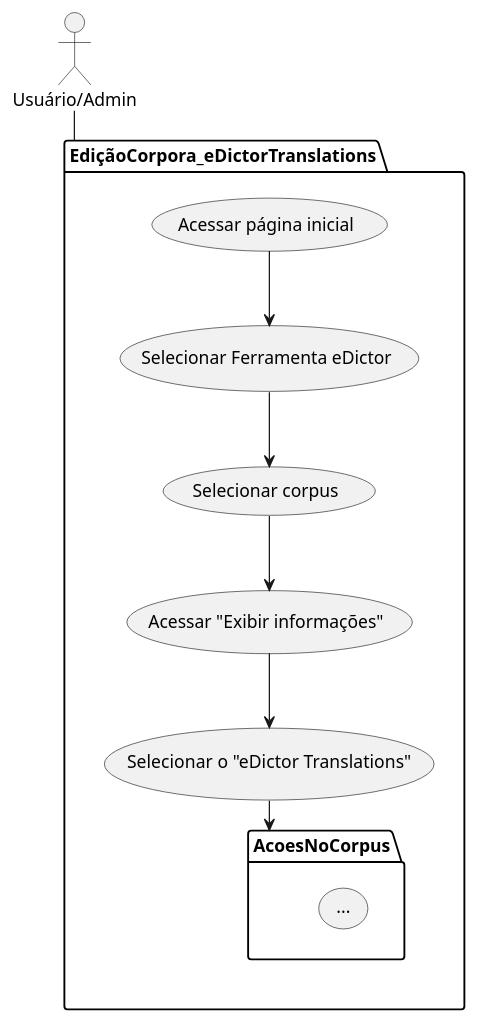
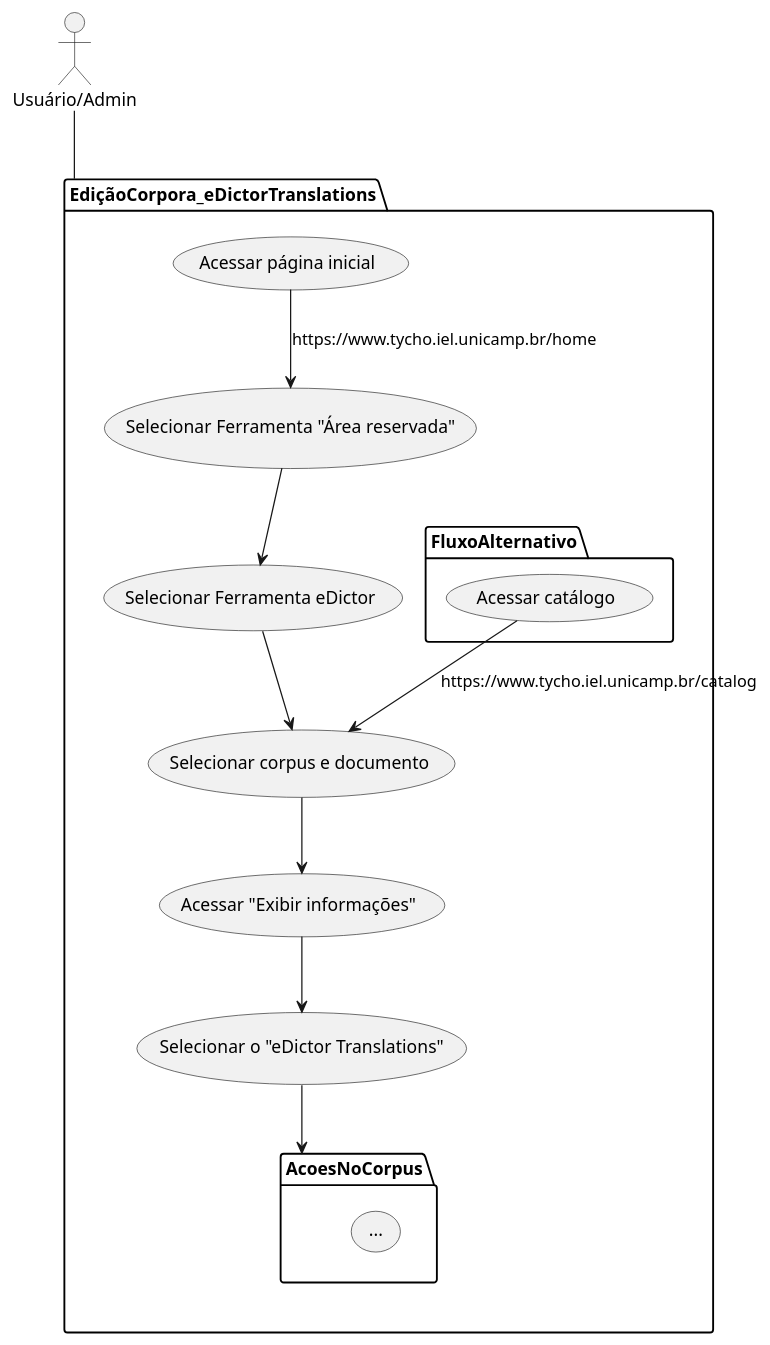
The diagram in diagrams/subcaso_6.01.1_edicao_corpora.wsd (tycho-brahe-platform/tutorials), drawn with PlantUML before and after one commit. The commit also changed 12 other files, not shown here.

```diff
--- a/diagrams/subcaso_6.01.1_edicao_corpora.wsd
+++ b/diagrams/subcaso_6.01.1_edicao_corpora.wsd
@@ -1,20 +1,28 @@
 @startuml "Caso de uso 6.01 - Edição dos corpora"
 
 actor "Usuário/Admin" as User 
 User -- EdiçãoCorpora_eDictorTranslations
 package EdiçãoCorpora_eDictorTranslations  {
-         (Acessar página inicial)-->(Selecionar Ferramenta eDictor)
-         (Selecionar Ferramenta eDictor)-->(Selecionar corpus)
-         (Selecionar corpus)-->(Acessar "Exibir informações")
-         (Acessar "Exibir informações")-->(Selecionar o "eDictor Translations")
+        (Acessar página inicial) --> (Selecionar Ferramenta "Área reservada"): https://www.tycho.iel.unicamp.br/home
+
+        (Selecionar Ferramenta "Área reservada") --> (Selecionar Ferramenta eDictor)
+        (Selecionar Ferramenta eDictor)-->(Selecionar corpus e documento)
+        (Selecionar corpus e documento)-->(Acessar "Exibir informações")
+        (Acessar "Exibir informações")-->(Selecionar o "eDictor Translations")
          
          package AcoesNoCorpus as Acoes{
             
          (...)
 
         
 }
+
+
 (Selecionar o "eDictor Translations")-->Acoes
  
+package FluxoAlternativo{
 
+(Acessar catálogo) --> (Selecionar corpus e documento): https://www.tycho.iel.unicamp.br/catalog
+
+}
 @enduml
```
